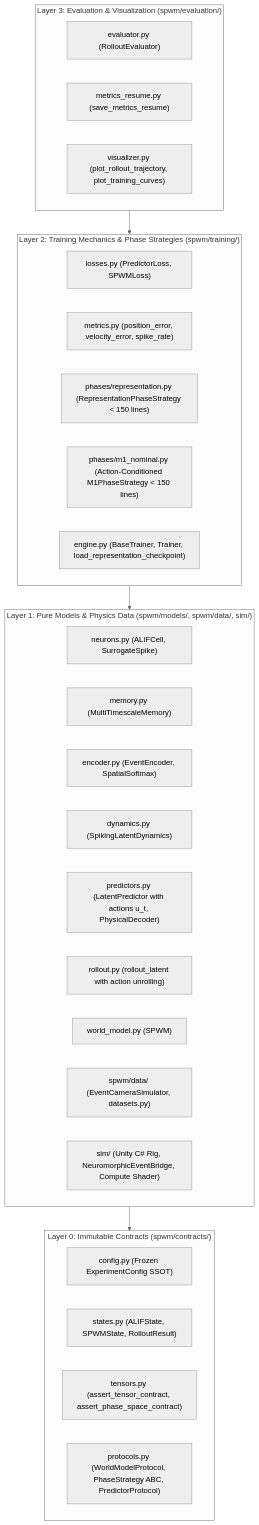
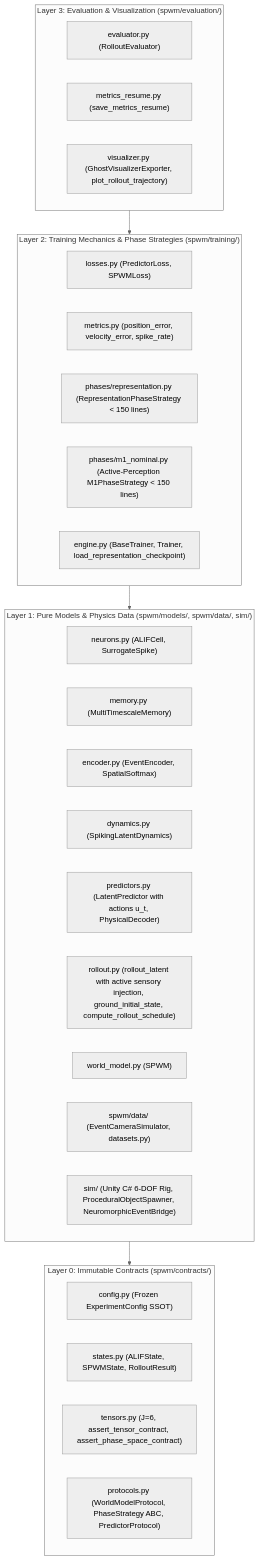
One commit to Mattia-Maiorano/Spiking-Neural_Novelty changed the diagram in docs/Architecture.md. Above: the diagram before and after it, drawn with Mermaid (neutral theme). The commit also changed other lines of this file and 146 other files, not shown here.

````diff
--- a/docs/Architecture.md
+++ b/docs/Architecture.md
@@ -19,39 +19,39 @@
 ```mermaid
 flowchart TD
     subgraph L0["Layer 0: Immutable Contracts (spwm/contracts/)"]
         C_CFG["config.py (Frozen ExperimentConfig SSOT)"]
         C_ST["states.py (ALIFState, SPWMState, RolloutResult)"]
-        C_TN["tensors.py (assert_tensor_contract, assert_phase_space_contract)"]
+        C_TN["tensors.py (J=6, assert_tensor_contract, assert_phase_space_contract)"]
         C_PR["protocols.py (WorldModelProtocol, PhaseStrategy ABC, PredictorProtocol)"]
     end
 
     subgraph L1["Layer 1: Pure Models & Physics Data (spwm/models/, spwm/data/, sim/)"]
         M_NEU["neurons.py (ALIFCell, SurrogateSpike)"]
         M_MEM["memory.py (MultiTimescaleMemory)"]
         M_ENC["encoder.py (EventEncoder, SpatialSoftmax)"]
         M_DYN["dynamics.py (SpikingLatentDynamics)"]
         M_PRD["predictors.py (LatentPredictor with actions u_t, PhysicalDecoder)"]
-        M_ROL["rollout.py (rollout_latent with action unrolling)"]
+        M_ROL["rollout.py (rollout_latent with active sensory injection, ground_initial_state, compute_rollout_schedule)"]
         M_WM["world_model.py (SPWM)"]
         D_DAT["spwm/data/ (EventCameraSimulator, datasets.py)"]
-        D_SIM["sim/ (Unity C# Rig, NeuromorphicEventBridge, Compute Shader)"]
+        D_SIM["sim/ (Unity C# 6-DOF Rig, ProceduralObjectSpawner, NeuromorphicEventBridge)"]
     end
 
     subgraph L2["Layer 2: Training Mechanics & Phase Strategies (spwm/training/)"]
         T_LOS["losses.py (PredictorLoss, SPWMLoss)"]
         T_MET["metrics.py (position_error, velocity_error, spike_rate)"]
         T_REP["phases/representation.py (RepresentationPhaseStrategy < 150 lines)"]
-        T_M1["phases/m1_nominal.py (Action-Conditioned M1PhaseStrategy < 150 lines)"]
+        T_M1["phases/m1_nominal.py (Active-Perception M1PhaseStrategy < 150 lines)"]
         T_ENG["engine.py (BaseTrainer, Trainer, load_representation_checkpoint)"]
     end
 
     subgraph L3["Layer 3: Evaluation & Visualization (spwm/evaluation/)"]
         E_EVL["evaluator.py (RolloutEvaluator)"]
         E_RES["metrics_resume.py (save_metrics_resume)"]
-        E_VIS["visualizer.py (plot_rollout_trajectory, plot_training_curves)"]
+        E_VIS["visualizer.py (GhostVisualizerExporter, plot_rollout_trajectory)"]
     end
 
     L3 --> L2
     L2 --> L1
     L1 --> L0
 ```
````
